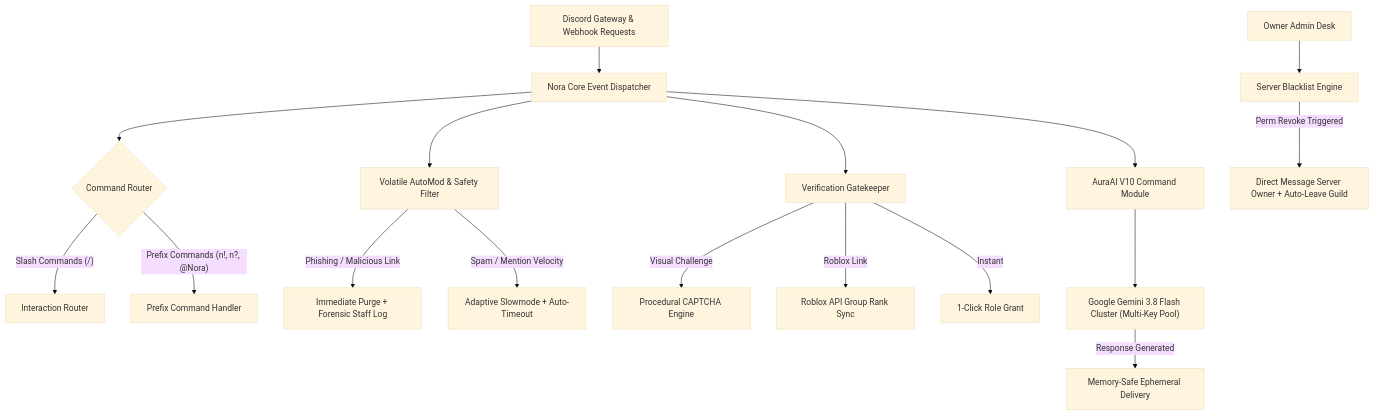
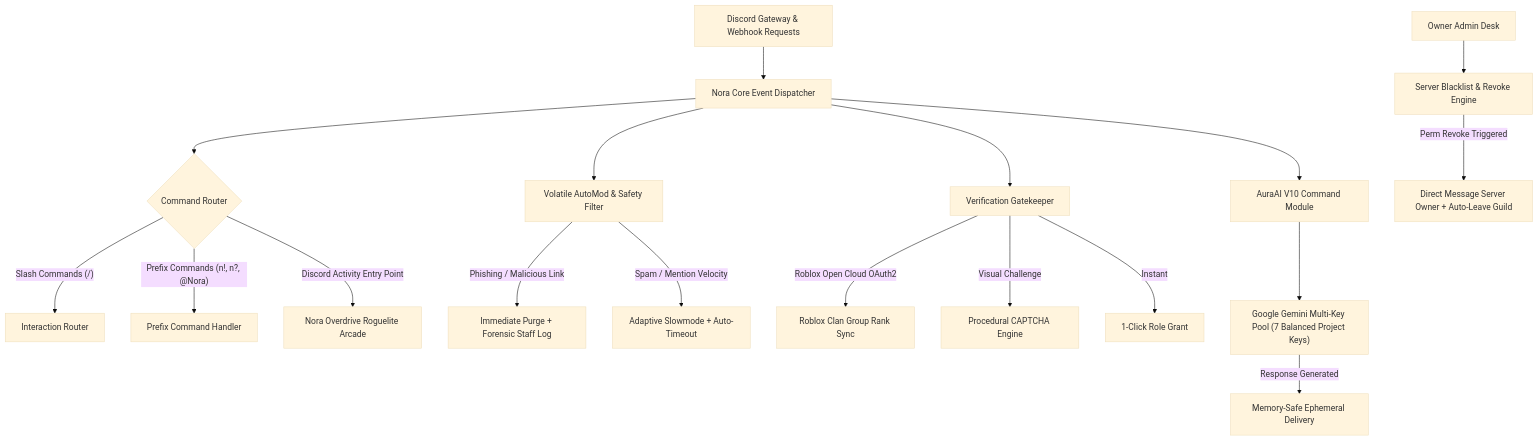
One commit to Vaztinix/nora-studio changed the diagram in README.md. Above: the diagram before and after it, drawn with Mermaid (base theme). The commit also changed other lines of this file and 6 other files, not shown here.

````diff
--- a/README.md
+++ b/README.md
@@ -87,24 +91,25 @@
 ```mermaid
 flowchart TD
     A["Discord Gateway & Webhook Requests"] --> B["Nora Core Event Dispatcher"]
     
     B --> C{"Command Router"}
     C -->|"Slash Commands (/)"| D["Interaction Router"]
     C -->|"Prefix Commands (n!, n?, @Nora)"| E["Prefix Command Handler"]
+    C -->|"Discord Activity Entry Point"| EA["Nora Overdrive Roguelite Arcade"]
     
     B --> F["Volatile AutoMod & Safety Filter"]
     F -->|"Phishing / Malicious Link"| G["Immediate Purge + Forensic Staff Log"]
     F -->|"Spam / Mention Velocity"| H["Adaptive Slowmode + Auto-Timeout"]
     
     B --> I["Verification Gatekeeper"]
+    I -->|"Roblox Open Cloud OAuth2"| K["Roblox Clan Group Rank Sync"]
     I -->|"Visual Challenge"| J["Procedural CAPTCHA Engine"]
-    I -->|"Roblox Link"| K["Roblox API Group Rank Sync"]
     I -->|"Instant"| L["1-Click Role Grant"]
     
     B --> M["AuraAI V10 Command Module"]
-    M --> N["Google Gemini 3.8 Flash Cluster (Multi-Key Pool)"]
+    M --> N["Google Gemini Multi-Key Pool (7 Balanced Project Keys)"]
     N -->|"Response Generated"| O["Memory-Safe Ephemeral Delivery"]
     
-    P["Owner Admin Desk"] --> Q["Server Blacklist Engine"]
+    P["Owner Admin Desk"] --> Q["Server Blacklist & Revoke Engine"]
     Q -->|"Perm Revoke Triggered"| R["Direct Message Server Owner + Auto-Leave Guild"]
 ```
````
